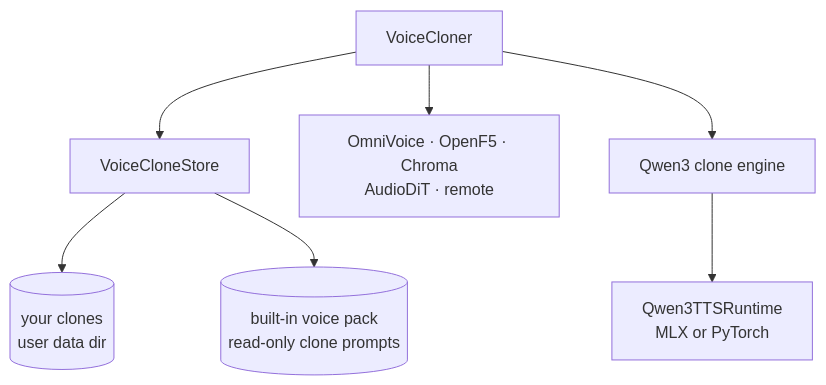
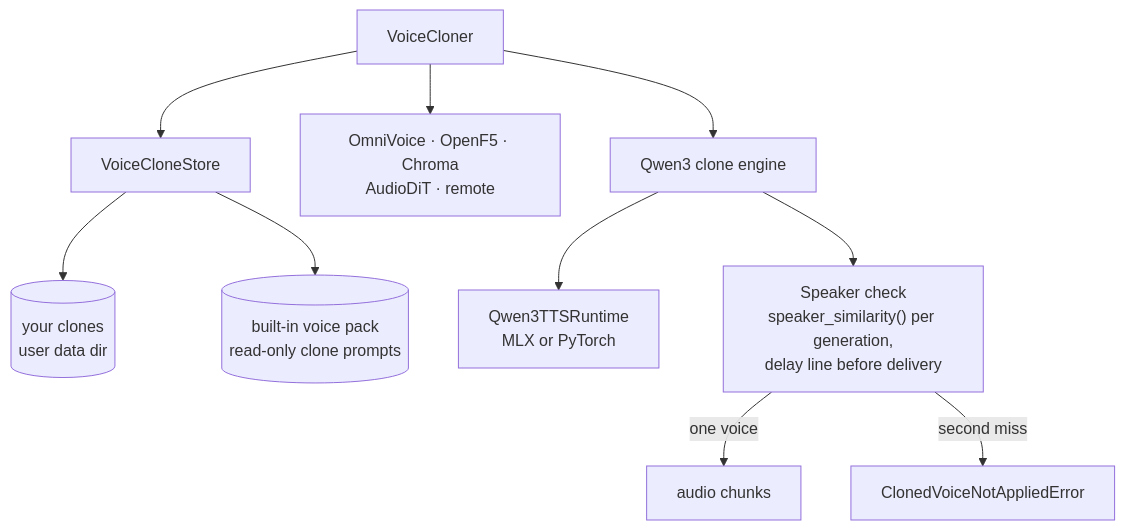
One commit to lpalbou/AbstractVoice changed the third of 5 diagrams in docs/architecture.md. Above: the diagram before and after it, drawn with Mermaid. The commit also changed other lines of this file and 7 other files, not shown here.

Commit message:
0.19.5: release docs: one dated 0.19.5 changelog section (0.19.4 unpublished, folded in; audio output recovery and the 2 s stream line cap added), tts_stream event contract in api.md, plugin streaming and speaker-check diagrams, llms files, docs index; backlog 058

````diff
--- a/docs/architecture.md
+++ b/docs/architecture.md
@@ -61,9 +61,12 @@
 ```mermaid
 flowchart TB
   Cloner["VoiceCloner"] --> Store["VoiceCloneStore"]
   Store --> UserVoices[("your clones<br/>user data dir")]
   Store --> Builtin[("built-in voice pack<br/>read-only clone prompts")]
   Cloner --> OtherClone["OmniVoice · OpenF5 · Chroma<br/>AudioDiT · remote"]
   Cloner --> QwenClone["Qwen3 clone engine"]
   QwenClone --> Runtime["Qwen3TTSRuntime<br/>MLX or PyTorch"]
+  QwenClone --> Check["Speaker check<br/>speaker_similarity() per generation,<br/>delay line before delivery"]
+  Check -->|"one voice"| Out["audio chunks"]
+  Check -->|"second miss"| Err["ClonedVoiceNotAppliedError"]
 ```
````
